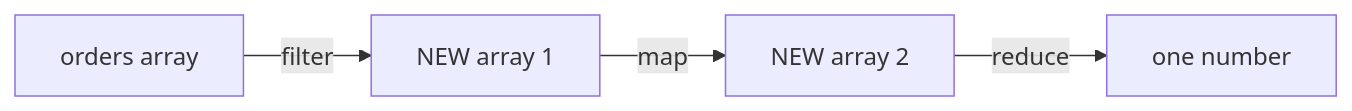
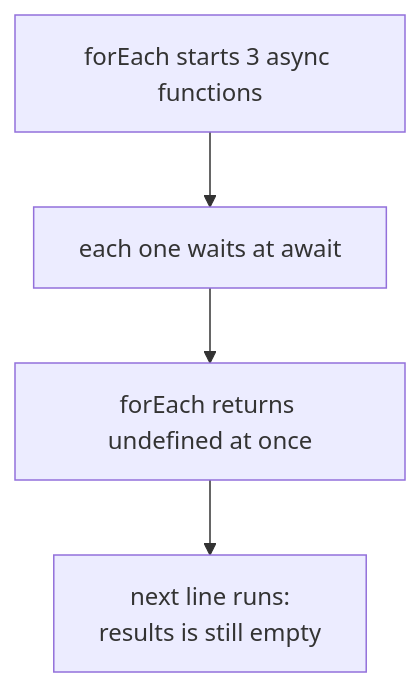
The third of 3 diagrams in learn/javascript/09-arrays-and-higher-order-functions.md (starjustice/research-material), drawn with Mermaid before and after one commit. The commit also changed other lines of this file, not shown here.

Commit message:
Reshape JavaScript lesson 09 (Arrays and higher order functions) into short cards with guess bars and blue More detail bars

````diff
--- a/learn/javascript/09-arrays-and-higher-order-functions.md
+++ b/learn/javascript/09-arrays-and-higher-order-functions.md
@@ -145,6 +337,6 @@
 ```mermaid
-graph LR
-    A["orders array"] -->|filter| B["NEW array 1"]
-    B -->|map| C["NEW array 2"]
-    C -->|reduce| D["one number"]
+graph TB
+    A["forEach starts 3 async functions"] --> B["each one waits at await"]
+    B --> C["forEach returns undefined at once"]
+    C --> D["next line runs:<br/>results is still empty"]
 ```
````
